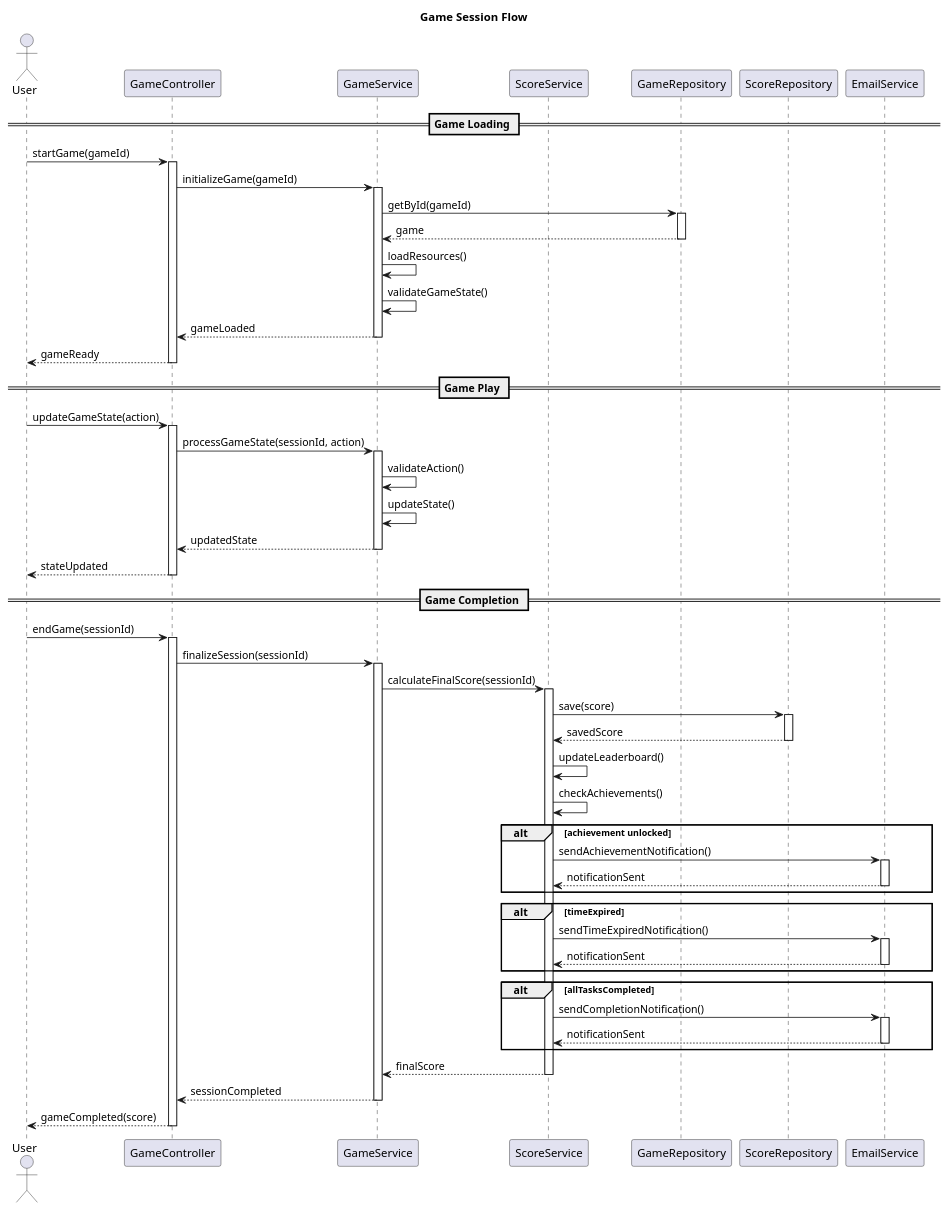
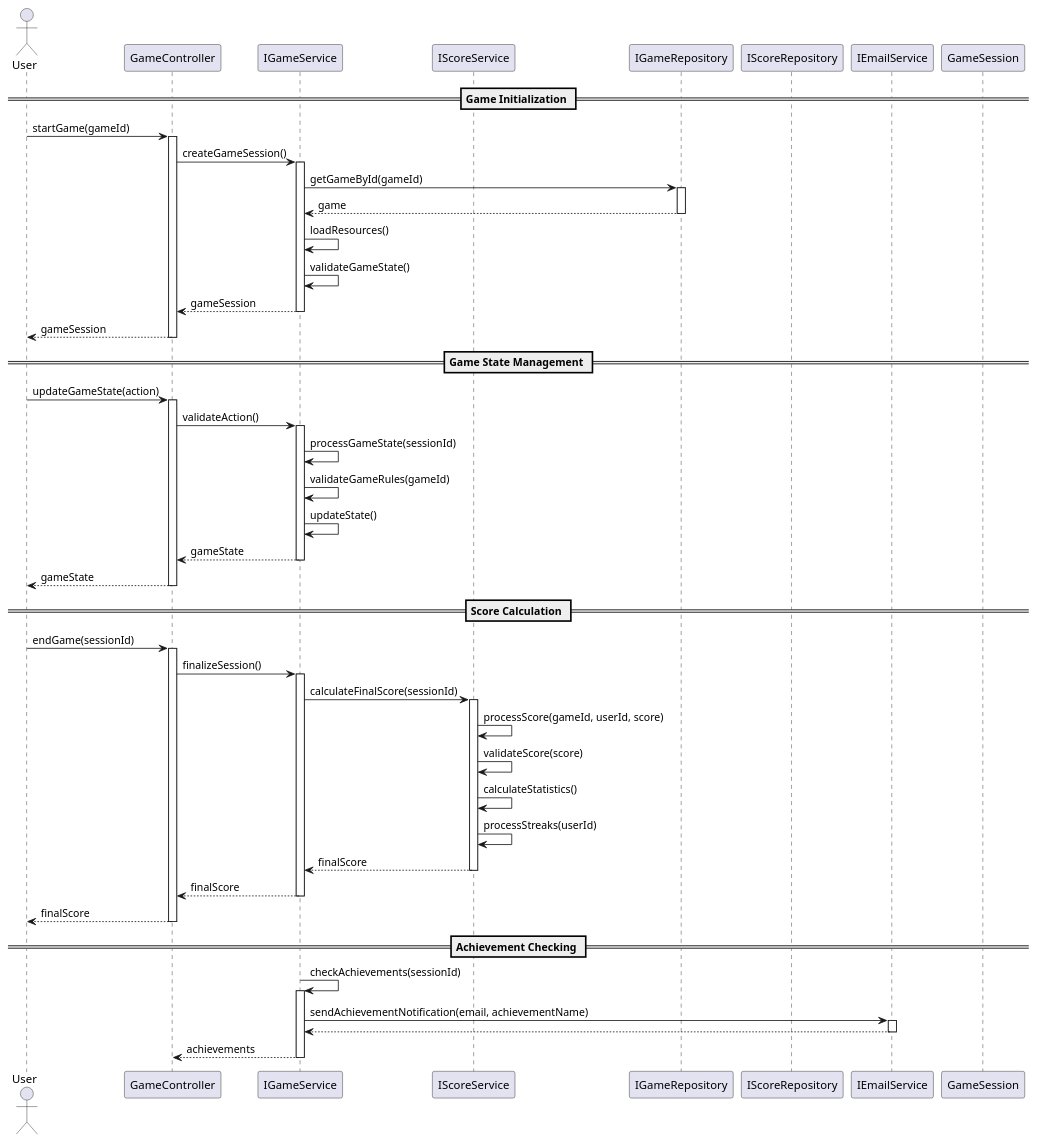
Before and after one commit to Saukys/se-24-psi2: the diagram in docs/Sequence/sequence-game-session.puml, drawn with PlantUML. The commit also changed 6 other files, not shown here.

Commit message:
Update deployment and sequence diagrams with detailed specifications for CI/CD pipeline, client, app service, data storage, and external services. Refine authentication and game session flow diagrams for clarity and accuracy.

```diff
--- a/docs/Sequence/sequence-game-session.puml
+++ b/docs/Sequence/sequence-game-session.puml
@@ -1,123 +1,79 @@
 @startuml
 ' =============================================
 ' Game Session Sequence Diagram
 ' =============================================
-' This diagram illustrates the flow of a complete game session,
-' from initialization to completion, including score processing
-' and achievement handling.
-'
-' Key Participants:
-' - User: Player interacting with the game
-' - GameController: Handles game-related HTTP requests
-' - GameService: Manages game logic and state
-' - ScoreService: Processes scores and achievements
-' - Repositories: Handle data persistence
-' - EmailService: Sends notifications
-'
-' Main Flow:
-' 1. Game Initialization
-' 2. Game State Updates
-' 3. Game Completion
-' 4. Score Processing
-' 5. Achievement Checking
-' 6. Notification Handling
-'
-' Key Features:
-' - Real-time state updates
+' This diagram shows the flow of a game session, including:
+' - Game initialization
+' - State management
 ' - Score calculation
-' - Achievement system
-' - Email notifications
+' - Achievement checking
+' - Session finalization
 ' =============================================
 
-title Game Session Flow
+actor User
+participant "GameController" as GameController
+participant "IGameService" as GameService
+participant "IScoreService" as ScoreService
+participant "IGameRepository" as GameRepository
+participant "IScoreRepository" as ScoreRepository
+participant "IEmailService" as EmailService
+participant "GameSession" as GameSession
 
-actor User
-participant GameController
-participant GameService
-participant ScoreService
-participant GameRepository
-participant ScoreRepository
-participant EmailService
-
-== Game Loading ==
+== Game Initialization ==
 User -> GameController: startGame(gameId)
 activate GameController
-
-GameController -> GameService: initializeGame(gameId)
+GameController -> GameService: createGameSession()
 activate GameService
-
-GameService -> GameRepository: getById(gameId)
+GameService -> GameRepository: getGameById(gameId)
 activate GameRepository
 GameRepository --> GameService: game
 deactivate GameRepository
-
 GameService -> GameService: loadResources()
 GameService -> GameService: validateGameState()
-GameService --> GameController: gameLoaded
+GameService --> GameController: gameSession
+deactivate GameService
+GameController --> User: gameSession
+deactivate GameController
+
+== Game State Management ==
+User -> GameController: updateGameState(action)
+activate GameController
+GameController -> GameService: validateAction()
+activate GameService
+GameService -> GameService: processGameState(sessionId)
+GameService -> GameService: validateGameRules(gameId)
+GameService -> GameService: updateState()
+GameService --> GameController: gameState
+deactivate GameService
+GameController --> User: gameState
+deactivate GameController
+
+== Score Calculation ==
+User -> GameController: endGame(sessionId)
+activate GameController
+GameController -> GameService: finalizeSession()
+activate GameService
+GameService -> ScoreService: calculateFinalScore(sessionId)
+activate ScoreService
+ScoreService -> ScoreService: processScore(gameId, userId, score)
+ScoreService -> ScoreService: validateScore(score)
+ScoreService -> ScoreService: calculateStatistics()
+ScoreService -> ScoreService: processStreaks(userId)
+ScoreService --> GameService: finalScore
+deactivate ScoreService
+GameService --> GameController: finalScore
+deactivate GameService
+GameController --> User: finalScore
+deactivate GameController
+
+== Achievement Checking ==
+GameService -> GameService: checkAchievements(sessionId)
+activate GameService
+GameService -> EmailService: sendAchievementNotification(email, achievementName)
+activate EmailService
+EmailService --> GameService
+deactivate EmailService
+GameService --> GameController: achievements
 deactivate GameService
 
-GameController --> User: gameReady
-deactivate GameController
-
-== Game Play ==
-User -> GameController: updateGameState(action)
-activate GameController
-
-GameController -> GameService: processGameState(sessionId, action)
-activate GameService
-GameService -> GameService: validateAction()
-GameService -> GameService: updateState()
-GameService --> GameController: updatedState
-deactivate GameService
-
-GameController --> User: stateUpdated
-deactivate GameController
-
-== Game Completion ==
-User -> GameController: endGame(sessionId)
-activate GameController
-
-GameController -> GameService: finalizeSession(sessionId)
-activate GameService
-
-GameService -> ScoreService: calculateFinalScore(sessionId)
-activate ScoreService
-ScoreService -> ScoreRepository: save(score)
-activate ScoreRepository
-ScoreRepository --> ScoreService: savedScore
-deactivate ScoreRepository
-
-ScoreService -> ScoreService: updateLeaderboard()
-ScoreService -> ScoreService: checkAchievements()
-
-alt achievement unlocked
-    ScoreService -> EmailService: sendAchievementNotification()
-    activate EmailService
-    EmailService --> ScoreService: notificationSent
-    deactivate EmailService
-end
-
-alt timeExpired
-    ScoreService -> EmailService: sendTimeExpiredNotification()
-    activate EmailService
-    EmailService --> ScoreService: notificationSent
-    deactivate EmailService
-end
-
-alt allTasksCompleted
-    ScoreService -> EmailService: sendCompletionNotification()
-    activate EmailService
-    EmailService --> ScoreService: notificationSent
-    deactivate EmailService
-end
-
-ScoreService --> GameService: finalScore
-deactivate ScoreService
-
-GameService --> GameController: sessionCompleted
-deactivate GameService
-
-GameController --> User: gameCompleted(score)
-deactivate GameController
-
 @enduml 
```
